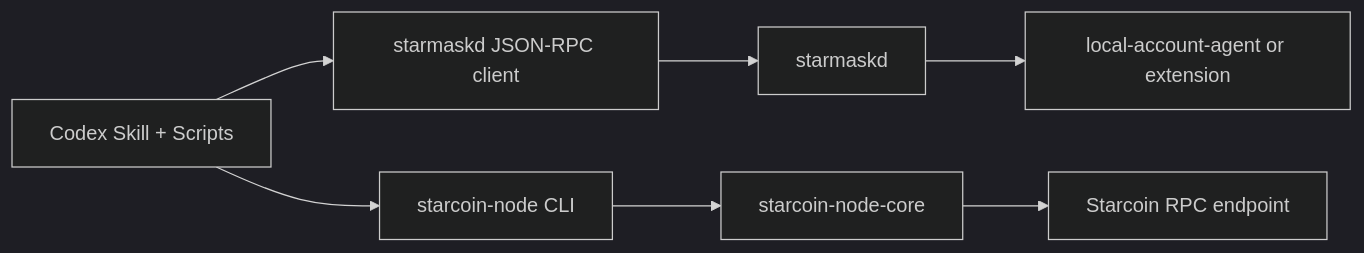
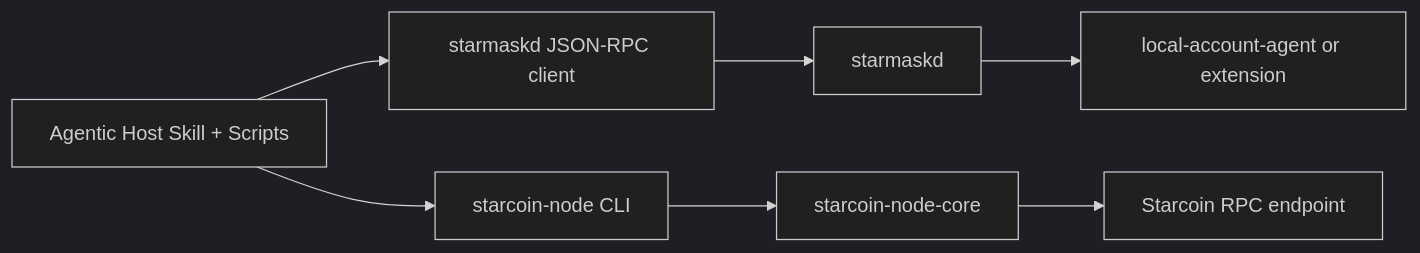
One commit to starcoinorg/starcoin-mcp changed the diagram in plugins/starcoin-transfer-workflow/docs/script-skill-architecture.md. Above: the diagram before and after it, drawn with Mermaid (dark theme). The commit also changed other lines of this file and 26 other files, not shown here.

````diff
--- a/plugins/starcoin-transfer-workflow/docs/script-skill-architecture.md
+++ b/plugins/starcoin-transfer-workflow/docs/script-skill-architecture.md
@@ -37,9 +37,9 @@
 ```mermaid
 flowchart LR
-    H["Codex Skill + Scripts"] --> W["starmaskd JSON-RPC client"]
+    H["Agentic Host Skill + Scripts"] --> W["starmaskd JSON-RPC client"]
     H --> N["starcoin-node CLI"]
     W --> D["starmaskd"]
     D --> A["local-account-agent or extension"]
     N --> C["starcoin-node-core"]
     C --> R["Starcoin RPC endpoint"]
 ```
````
